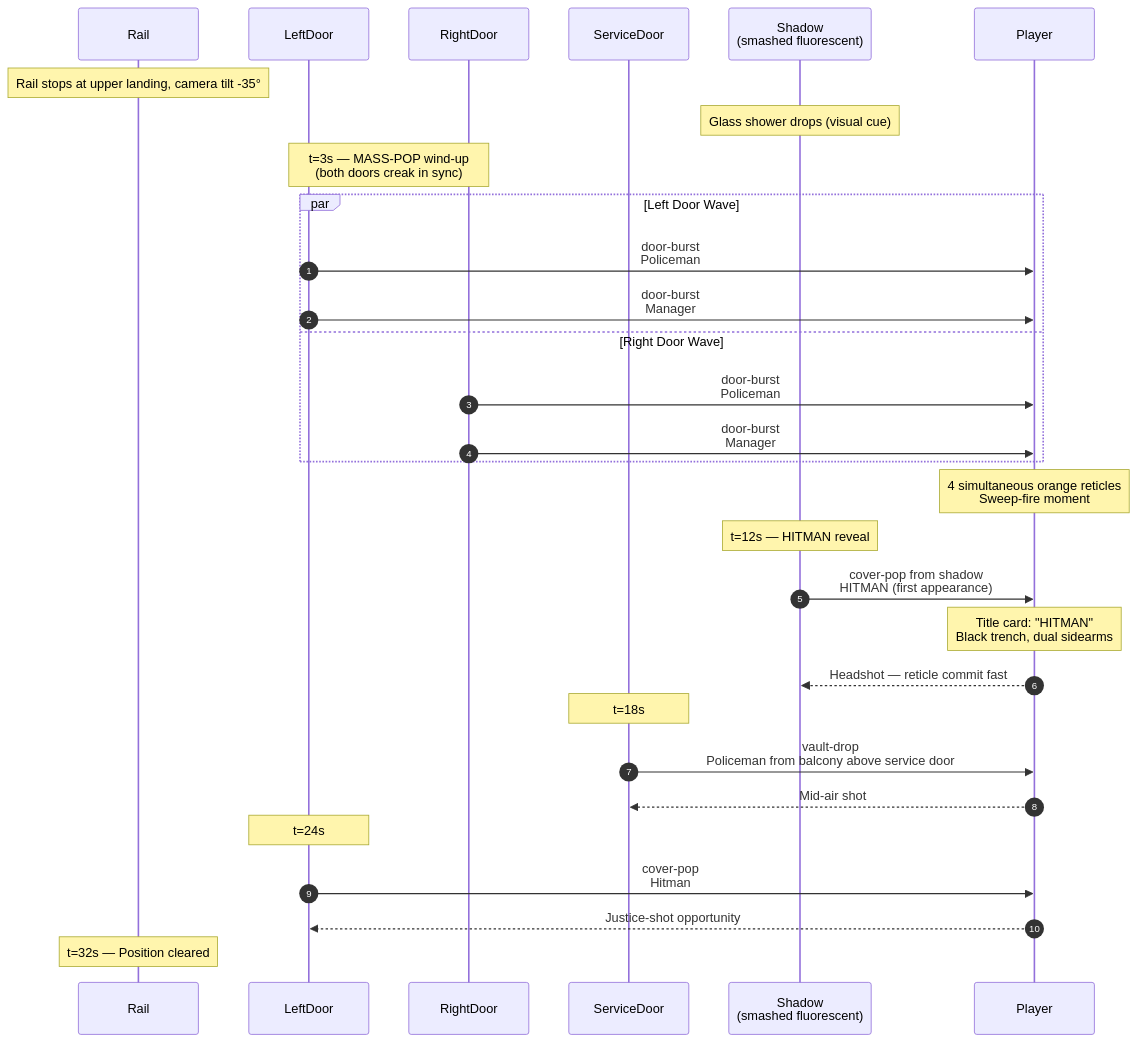
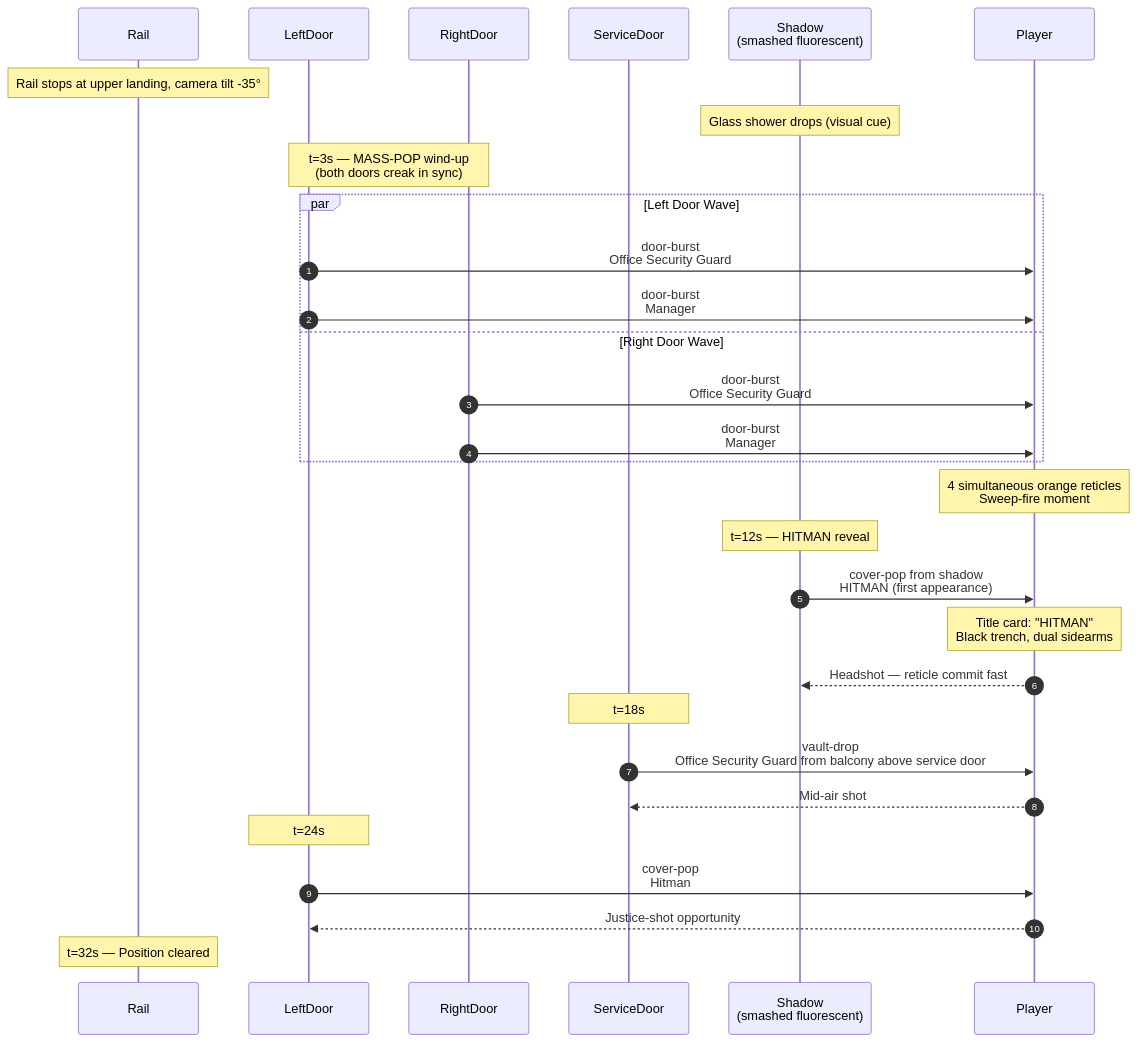
One commit to arcade-cabinet/department-of-redundancy-department changed the third of 3 diagrams in docs/spec/levels/04-stairway-B.md. Above: the diagram before and after it, drawn with Mermaid. The commit also changed other lines of this file and 14 other files, not shown here.

First line of the commit message:
refactor(lore): repurpose policeman → office security guard, swat → head of security

````diff
--- a/docs/spec/levels/04-stairway-B.md
+++ b/docs/spec/levels/04-stairway-B.md
@@ -120,40 +120,40 @@
 ```mermaid
 sequenceDiagram
     autonumber
     participant Rail
     participant LeftDoor
     participant RightDoor
     participant ServiceDoor
     participant Shadow as Shadow<br/>(smashed fluorescent)
     participant Player
 
     Note over Rail: Rail stops at upper landing, camera tilt -35°
     Note over Shadow: Glass shower drops (visual cue)
 
     Note over LeftDoor,RightDoor: t=3s — MASS-POP wind-up<br/>(both doors creak in sync)
 
     par Left Door Wave
-        LeftDoor->>Player: door-burst<br/>Policeman
+        LeftDoor->>Player: door-burst<br/>Office Security Guard
         LeftDoor->>Player: door-burst<br/>Manager
     and Right Door Wave
-        RightDoor->>Player: door-burst<br/>Policeman
+        RightDoor->>Player: door-burst<br/>Office Security Guard
         RightDoor->>Player: door-burst<br/>Manager
     end
 
     Note over Player: 4 simultaneous orange reticles<br/>Sweep-fire moment
 
     Note over Shadow: t=12s — HITMAN reveal
     Shadow->>Player: cover-pop from shadow<br/>HITMAN (first appearance)
     Note over Player: Title card: "HITMAN"<br/>Black trench, dual sidearms
     Player-->>Shadow: Headshot — reticle commit fast
 
     Note over ServiceDoor: t=18s
-    ServiceDoor->>Player: vault-drop<br/>Policeman from balcony above service door
+    ServiceDoor->>Player: vault-drop<br/>Office Security Guard from balcony above service door
     Player-->>ServiceDoor: Mid-air shot
 
     Note over LeftDoor: t=24s
     LeftDoor->>Player: cover-pop<br/>Hitman
     Player-->>LeftDoor: Justice-shot opportunity
 
     Note over Rail: t=32s — Position cleared
 ```
````
